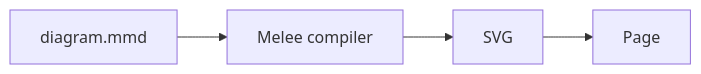
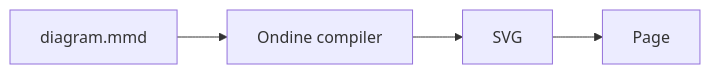
Before and after one commit to decofe/ondine: the diagram in site/src/pages/introduction/getting-started.mdx, drawn with Mermaid. The commit also changed other lines of this file and 200 other files, not shown here.

Commit message:
chore: rename melee to ondine

````diff
--- a/site/src/pages/introduction/getting-started.mdx
+++ b/site/src/pages/introduction/getting-started.mdx
@@ -11,6 +11,6 @@
 ```mermaid
 flowchart LR
-  source[diagram.mmd] --> compiler[Melee compiler]
+  source[diagram.mmd] --> compiler[Ondine compiler]
   compiler --> svg[SVG]
   svg --> page[Page]
 ```
````
